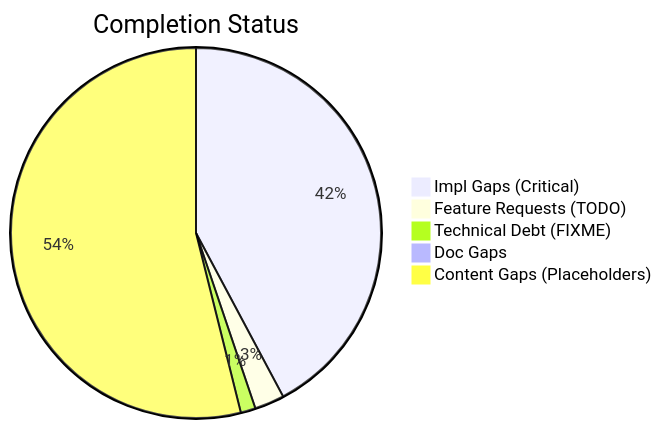
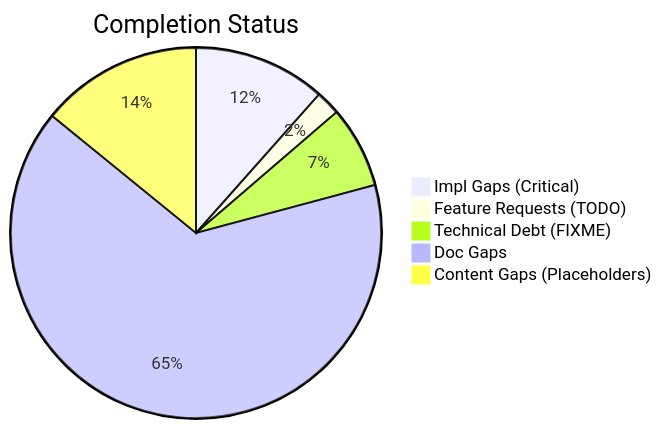
The first of 2 diagrams in docs/assessments/completist/Completist_Report_2026-03-05.md (D-sorganization/AffineDrift), drawn with Mermaid before and after one commit. The commit also changed other lines of this file and 28 other files, not shown here.

````diff
--- a/docs/assessments/completist/Completist_Report_2026-03-05.md
+++ b/docs/assessments/completist/Completist_Report_2026-03-05.md
@@ -12,8 +12,8 @@
 ```mermaid
 pie title Completion Status
-    "Impl Gaps (Critical)" : 65
-    "Feature Requests (TODO)" : 4
-    "Technical Debt (FIXME)" : 2
-    "Doc Gaps" : 1
-    "Content Gaps (Placeholders)" : 83
+    "Impl Gaps (Critical)" : 81
+    "Feature Requests (TODO)" : 15
+    "Technical Debt (FIXME)" : 50
+    "Doc Gaps" : 456
+    "Content Gaps (Placeholders)" : 99
 ```
````
